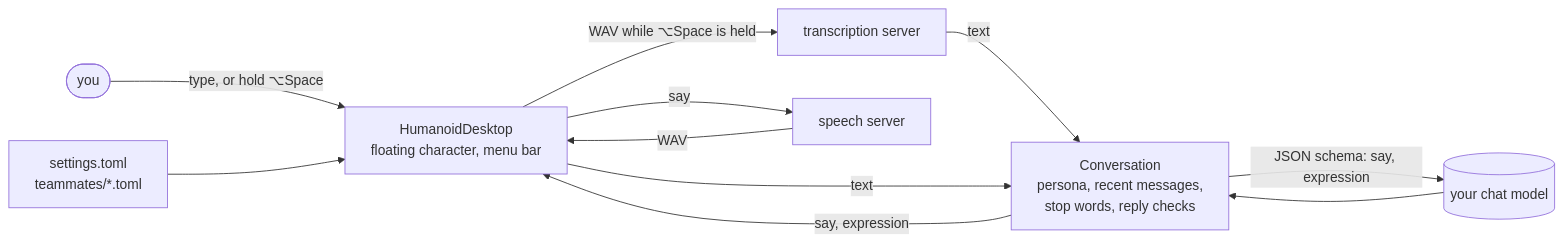
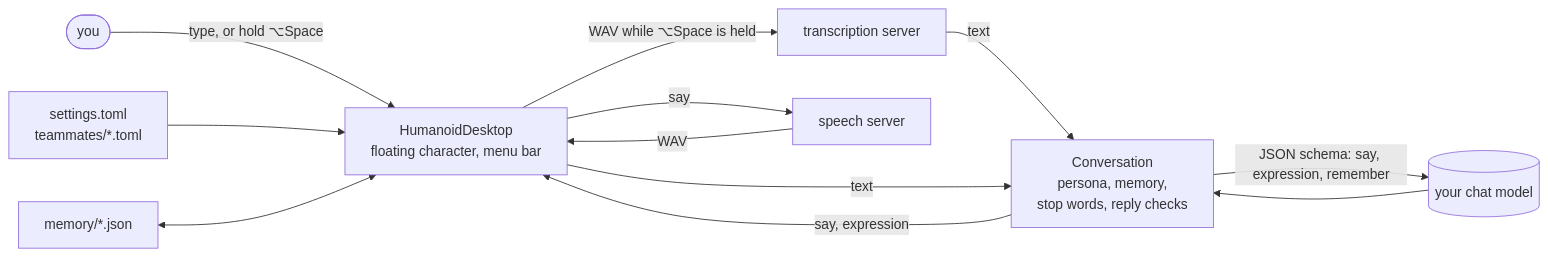
The diagram in README.md (YauhenBichel/humanoid-desktop), drawn with Mermaid before and after one commit. The commit also changed other lines of this file and 14 other files, not shown here.

First line of the commit message:
Memory: teammates remember what you tell them, across launches

````diff
--- a/README.md
+++ b/README.md
@@ -144,13 +147,14 @@
 ```mermaid
 flowchart LR
     you([you]) -- "type, or hold ⌥Space" --> app[HumanoidDesktop<br/>floating character, menu bar]
     app -- "WAV while ⌥Space is held" --> stt[transcription server]
-    stt -- text --> conv[Conversation<br/>persona, recent messages,<br/>stop words, reply checks]
+    stt -- text --> conv[Conversation<br/>persona, memory,<br/>stop words, reply checks]
     app -- text --> conv
-    conv -- "JSON schema: say, expression" --> llm[(your chat model)]
+    conv -- "JSON schema: say, expression, remember" --> llm[(your chat model)]
     llm --> conv
     conv -- "say, expression" --> app
     app -- say --> tts[speech server]
     tts -- WAV --> app
     files[settings.toml<br/>teammates/*.toml] --> app
+    memory[memory/*.json] <--> app
 ```
````
